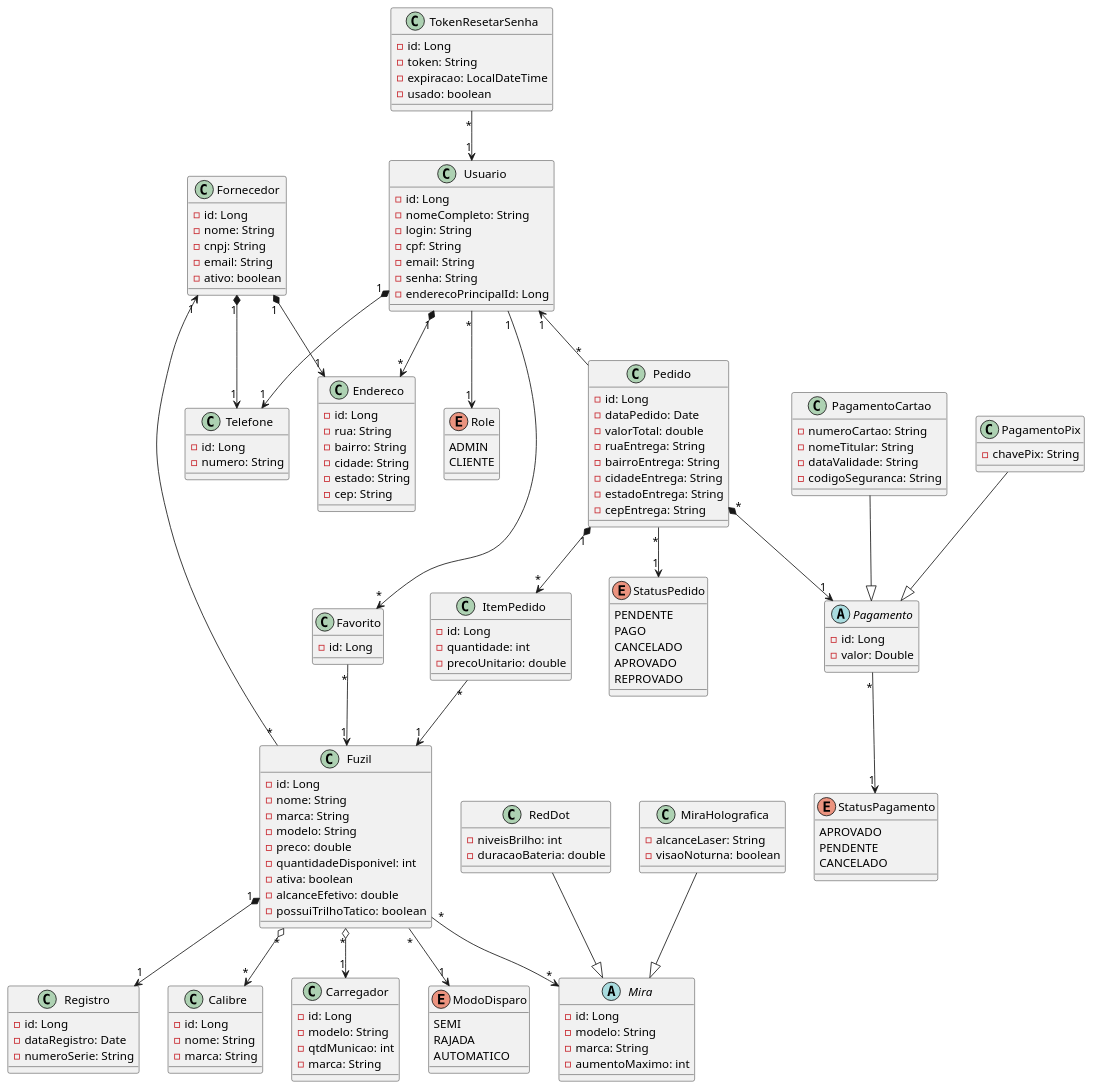
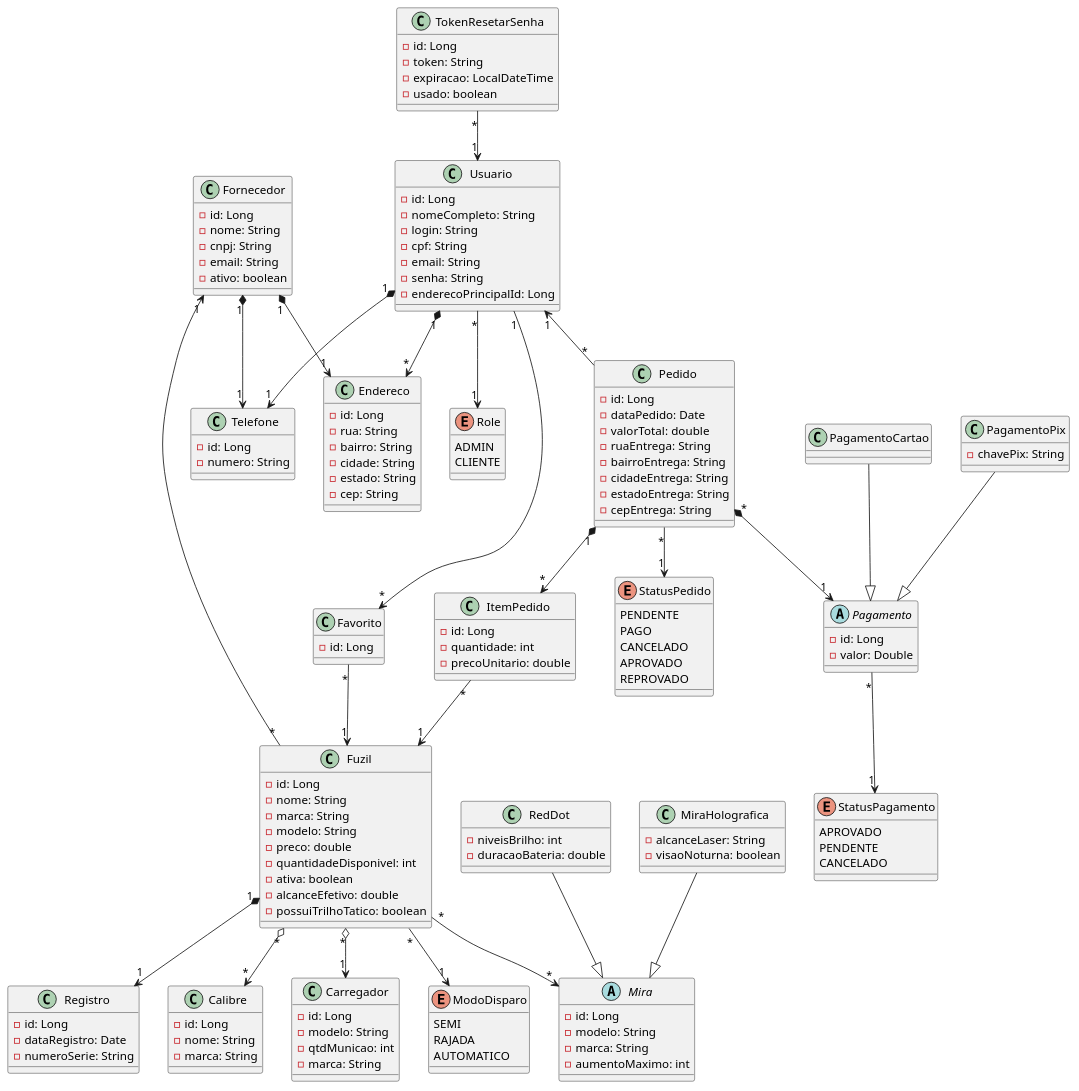
The diagram in backend/src/main/resources/diagram.plantuml (rhuan1234/E-COMMERCE_DRONES), drawn with PlantUML before and after one commit. The commit also changed 26 other files, not shown here.

```diff
--- a/backend/src/main/resources/diagram.plantuml
+++ b/backend/src/main/resources/diagram.plantuml
@@ -149,10 +149,6 @@
 }
 
 class PagamentoCartao{
-    - numeroCartao: String
-    - nomeTitular: String
-    - dataValidade: String
-    - codigoSeguranca: String
 }
 
 class PagamentoPix{
```
